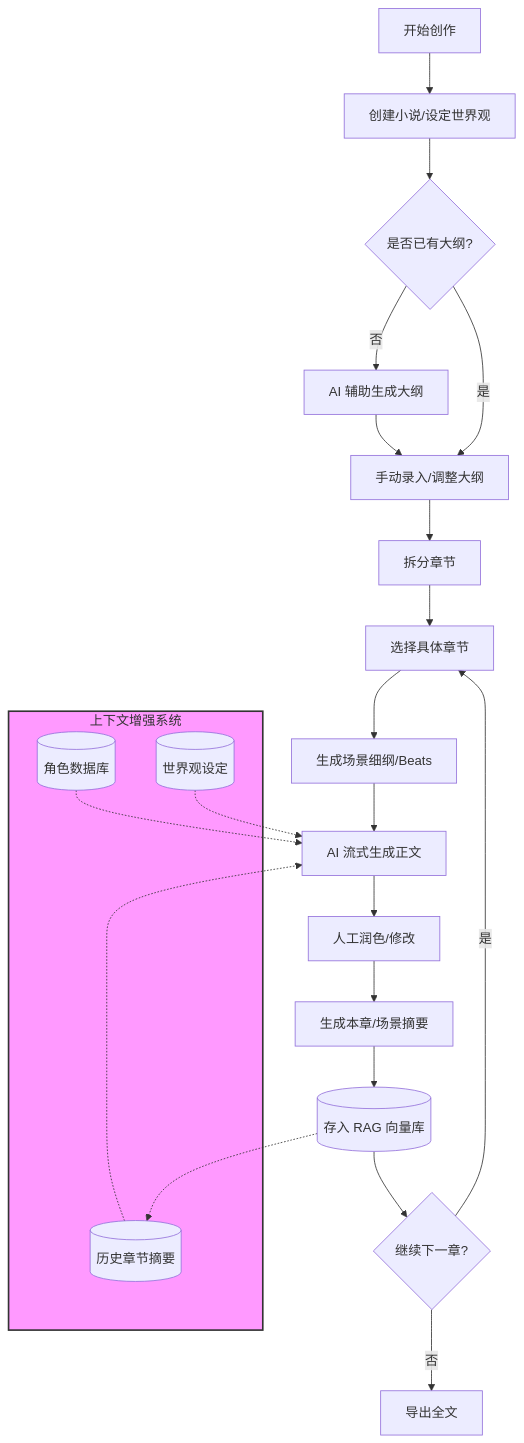
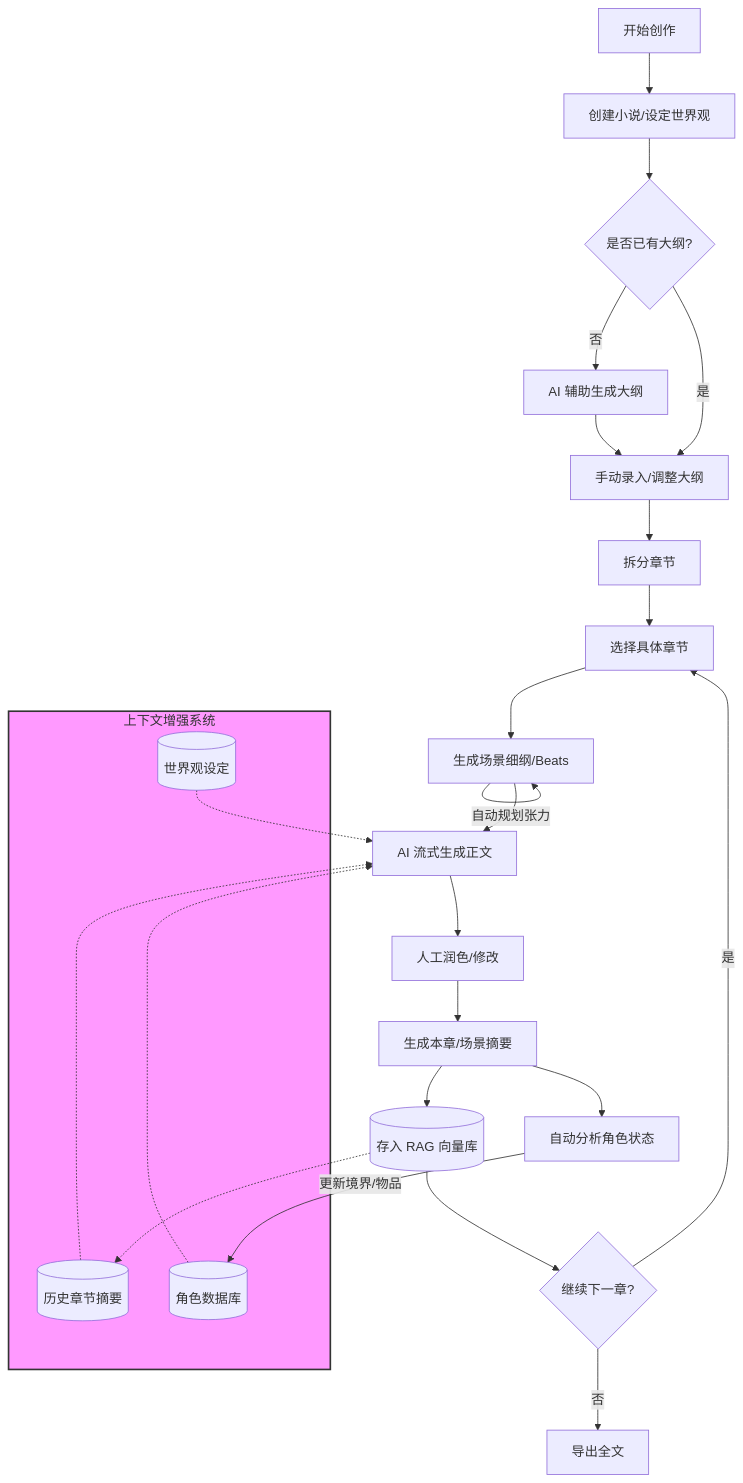
Before and after one commit to linnyh/StoryWeaver: the diagram in README.md, drawn with Mermaid. The commit also changed other lines of this file and 34 other files, not shown here.

Commit message:
feat: add dynamic relationship graph feature and fix frontend store

````diff
--- a/README.md
+++ b/README.md
@@ -34,31 +43,34 @@
 ```mermaid
 flowchart TD
     A[开始创作] --> B[创建小说/设定世界观]
     B --> C{是否已有大纲?}
     C -- 否 --> D[AI 辅助生成大纲]
     C -- 是 --> E[手动录入/调整大纲]
     D --> E
     E --> F[拆分章节]
     F --> G[选择具体章节]
     G --> H[生成场景细纲/Beats]
+    H -- 自动规划张力 --> H
     H --> I[AI 流式生成正文]
     I --> J[人工润色/修改]
     J --> K[生成本章/场景摘要]
     K --> L[(存入 RAG 向量库)]
+    K --> S[自动分析角色状态]
+    S -- 更新境界/物品 --> O
     L --> M{继续下一章?}
     M -- 是 --> G
     M -- 否 --> N[导出全文]
     
     subgraph Context [上下文增强系统]
         O[(角色数据库)]
         P[(世界观设定)]
         Q[(历史章节摘要)]
     end
     
     O -.-> I
     P -.-> I
     Q -.-> I
     L -.-> Q
     
     style Context fill:#f9f,stroke:#333,stroke-width:2px
 ```
````
